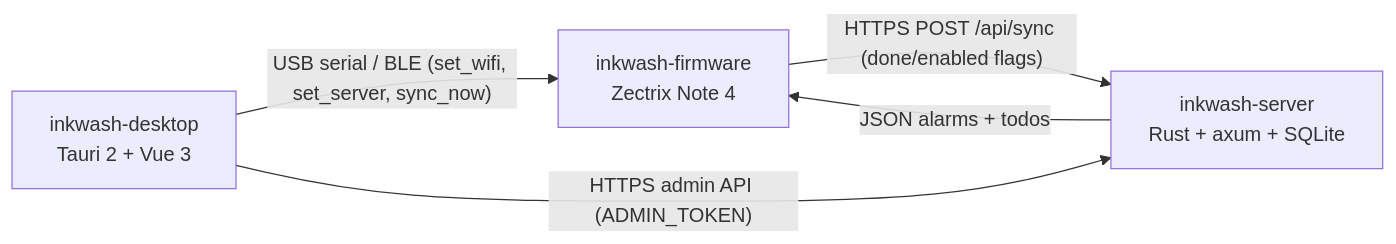
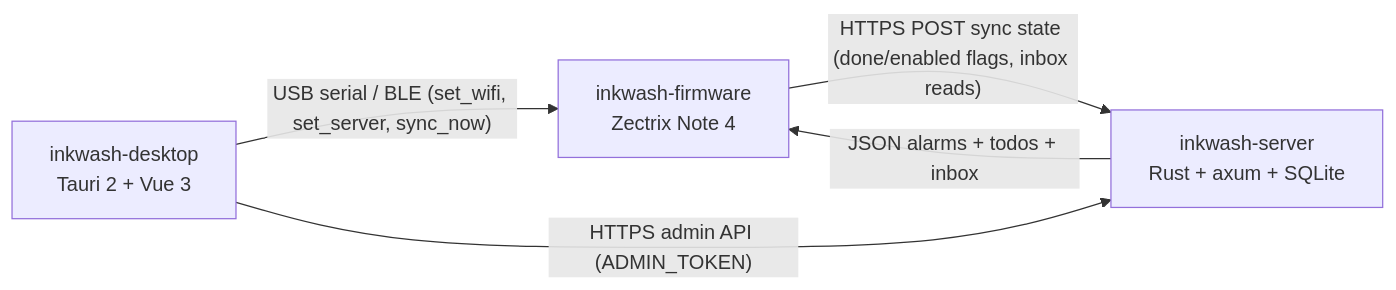
One commit to counhopig/inkwash-firmware changed the diagram in README.md. Above: the diagram before and after it, drawn with Mermaid. The commit also changed other lines of this file and 1 other file, not shown here.

````diff
--- a/README.md
+++ b/README.md
@@ -50,7 +33,7 @@
 ```mermaid
 flowchart LR
-    D["inkwash-firmware<br/>Zectrix Note 4"] -->|"HTTPS POST /api/sync (done/enabled flags)"| S["inkwash-server<br/>Rust + axum + SQLite"]
-    S -->|"JSON alarms + todos"| D
+    D["inkwash-firmware<br/>Zectrix Note 4"] -->|"HTTPS POST sync state (done/enabled flags, inbox reads)"| S["inkwash-server<br/>Rust + axum + SQLite"]
+    S -->|"JSON alarms + todos + inbox"| D
     T["inkwash-desktop<br/>Tauri 2 + Vue 3"] -->|"USB serial / BLE (set_wifi, set_server, sync_now)"| D
     T -->|"HTTPS admin API (ADMIN_TOKEN)"| S
 ```
````
